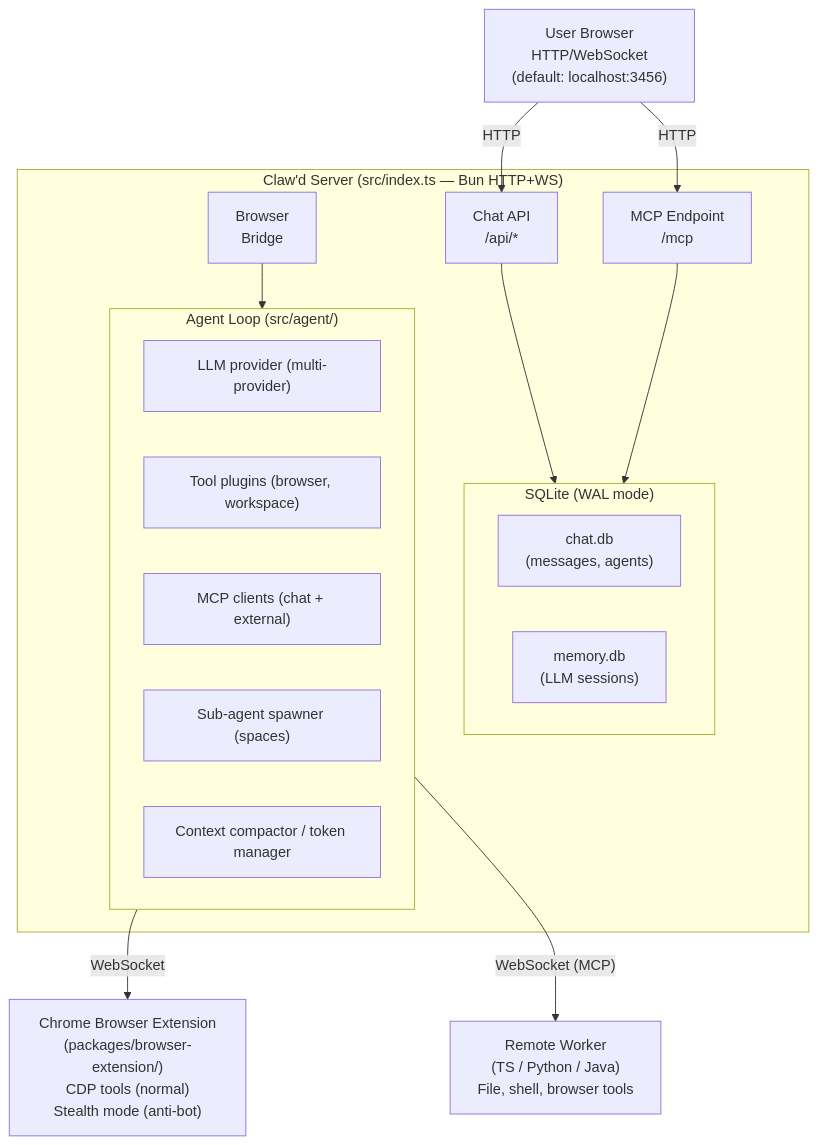
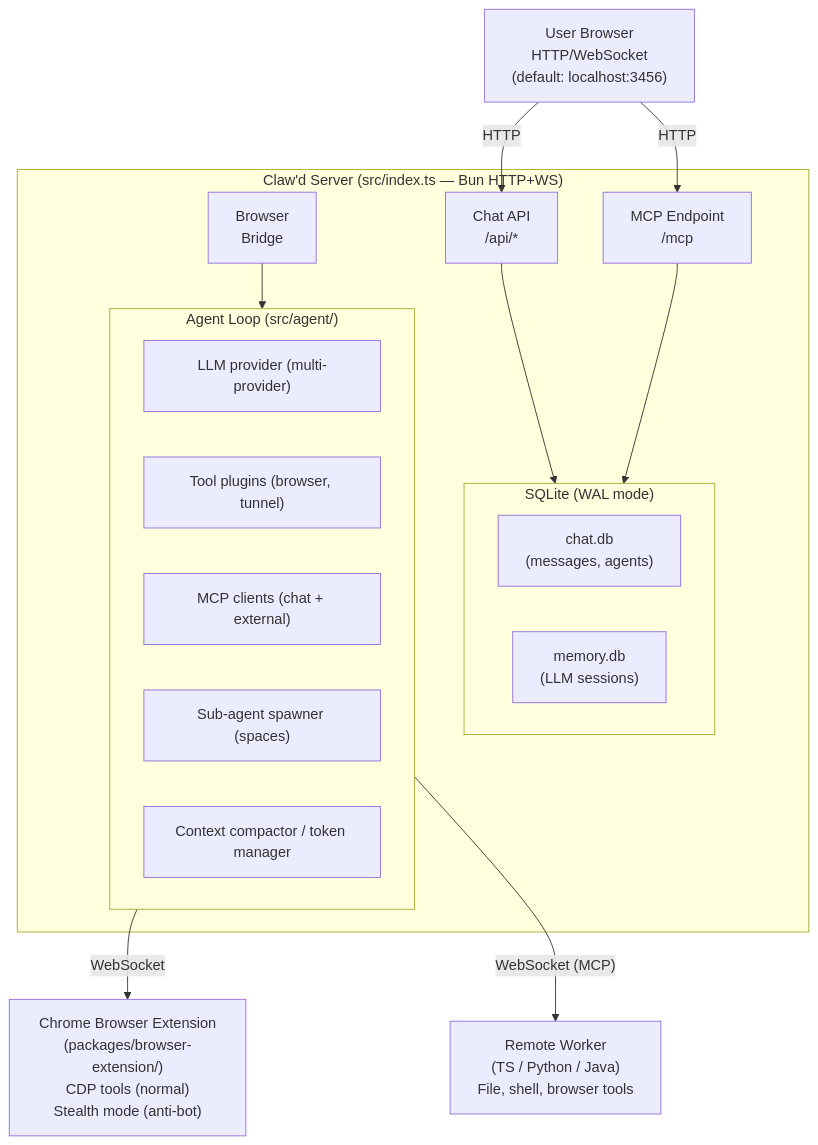
One commit to Tuanm/clawd changed the first of 8 diagrams in docs/architecture.md. Above: the diagram before and after it, drawn with Mermaid. The commit also changed other lines of this file and 5 other files, not shown here.

````diff
--- a/docs/architecture.md
+++ b/docs/architecture.md
@@ -102,35 +101,35 @@
 ```mermaid
 flowchart TD
     UB["User Browser\nHTTP/WebSocket\n(default: localhost:3456)"]
 
     subgraph Server["Claw'd Server (src/index.ts — Bun HTTP+WS)"]
         ChatAPI["Chat API\n/api/*"]
         MCP["MCP Endpoint\n/mcp"]
         Bridge["Browser\nBridge"]
 
         subgraph DB["SQLite (WAL mode)"]
             ChatDB["chat.db\n(messages, agents)"]
             MemDB["memory.db\n(LLM sessions)"]
         end
 
         subgraph AgentLoop["Agent Loop (src/agent/)"]
             LLM["LLM provider (multi-provider)"]
-            Tools["Tool plugins (browser, workspace)"]
+            Tools["Tool plugins (browser, tunnel)"]
             MCPClients["MCP clients (chat + external)"]
             Spawner["Sub-agent spawner (spaces)"]
             Compactor["Context compactor / token manager"]
         end
     end
 
     Chrome["Chrome Browser Extension\n(packages/browser-extension/)\nCDP tools (normal)\nStealth mode (anti-bot)"]
 
     Worker["Remote Worker\n(TS / Python / Java)\nFile, shell, browser tools"]
 
     UB -->|HTTP| ChatAPI
     UB -->|HTTP| MCP
     ChatAPI --> DB
     MCP --> DB
     Bridge --> AgentLoop
     AgentLoop -->|WebSocket| Chrome
     AgentLoop -->|"WebSocket (MCP)"| Worker
 ```
````
